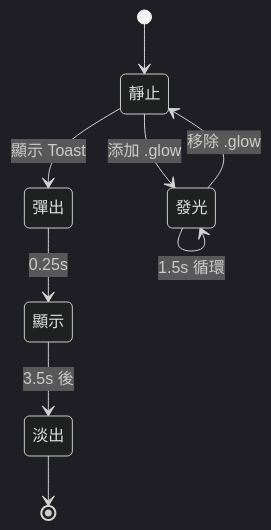
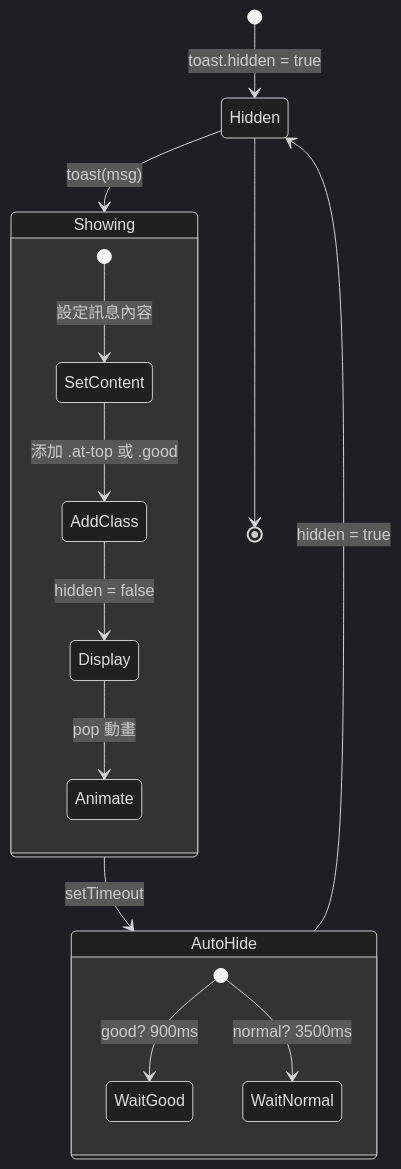
Diagram 17 of 19 in style.md (cuteman0725/phone-practice), drawn with Mermaid (dark theme) before and after one commit. The commit also changed other lines of this file and 8 other files, not shown here.

````diff
--- a/style.md
+++ b/style.md
@@ -215,12 +384,23 @@
 ```mermaid
 stateDiagram-v2
-    [*] --> 靜止
-    靜止 --> 發光: 添加 .glow
-    發光 --> 發光: 1.5s 循環
-    發光 --> 靜止: 移除 .glow
+    [*] --> Hidden: toast.hidden = true
     
-    靜止 --> 彈出: 顯示 Toast
-    彈出 --> 顯示: 0.25s
-    顯示 --> 淡出: 3.5s 後
-    淡出 --> [*]
+    Hidden --> Showing: toast(msg)
+    
+    state Showing {
+        [*] --> SetContent: 設定訊息內容
+        SetContent --> AddClass: 添加 .at-top 或 .good
+        AddClass --> Display: hidden = false
+        Display --> Animate: pop 動畫
+    }
+    
+    Showing --> AutoHide: setTimeout
+    
+    state AutoHide {
+        [*] --> WaitGood: good? 900ms
+        [*] --> WaitNormal: normal? 3500ms
+    }
+    
+    AutoHide --> Hidden: hidden = true
+    Hidden --> [*]
 ```
````
